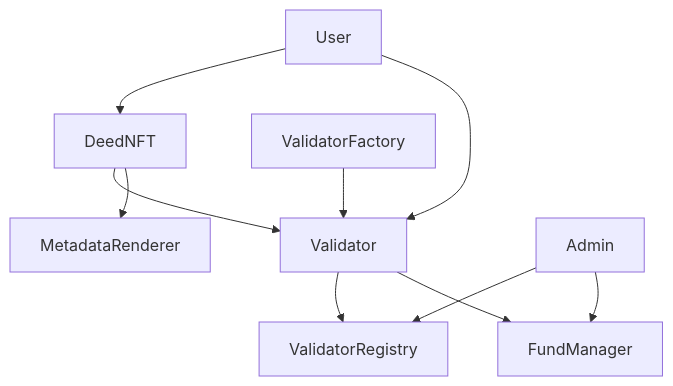
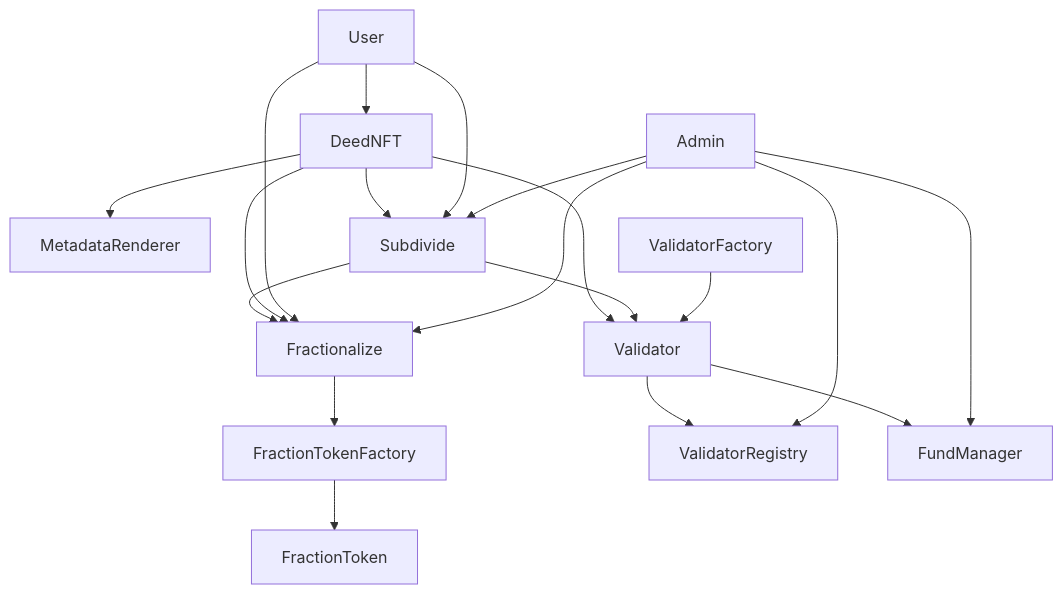
One commit to Deed3Labs/Protocol-Contracts changed the diagram in docs/architecture/smart-contracts.md. Above: the diagram before and after it, drawn with Mermaid. The commit also changed other lines of this file and 48 other files, not shown here.

````diff
--- a/docs/architecture/smart-contracts.md
+++ b/docs/architecture/smart-contracts.md
@@ -213,12 +411,21 @@
 ```mermaid
 graph TD
     A[DeedNFT] --> B[Validator]
     A --> C[MetadataRenderer]
+    A --> I[Subdivide]
+    I --> B
+    I --> J[Fractionalize]
+    A --> J
+    J --> K[FractionTokenFactory]
+    K --> L[FractionToken]
     B --> D[ValidatorRegistry]
     B --> E[FundManager]
     F[ValidatorFactory] --> B
     G[User] --> A
-    G --> B
+    G --> I
+    G --> J
     H[Admin] --> D
     H --> E
+    H --> I
+    H --> J
 ```
````
